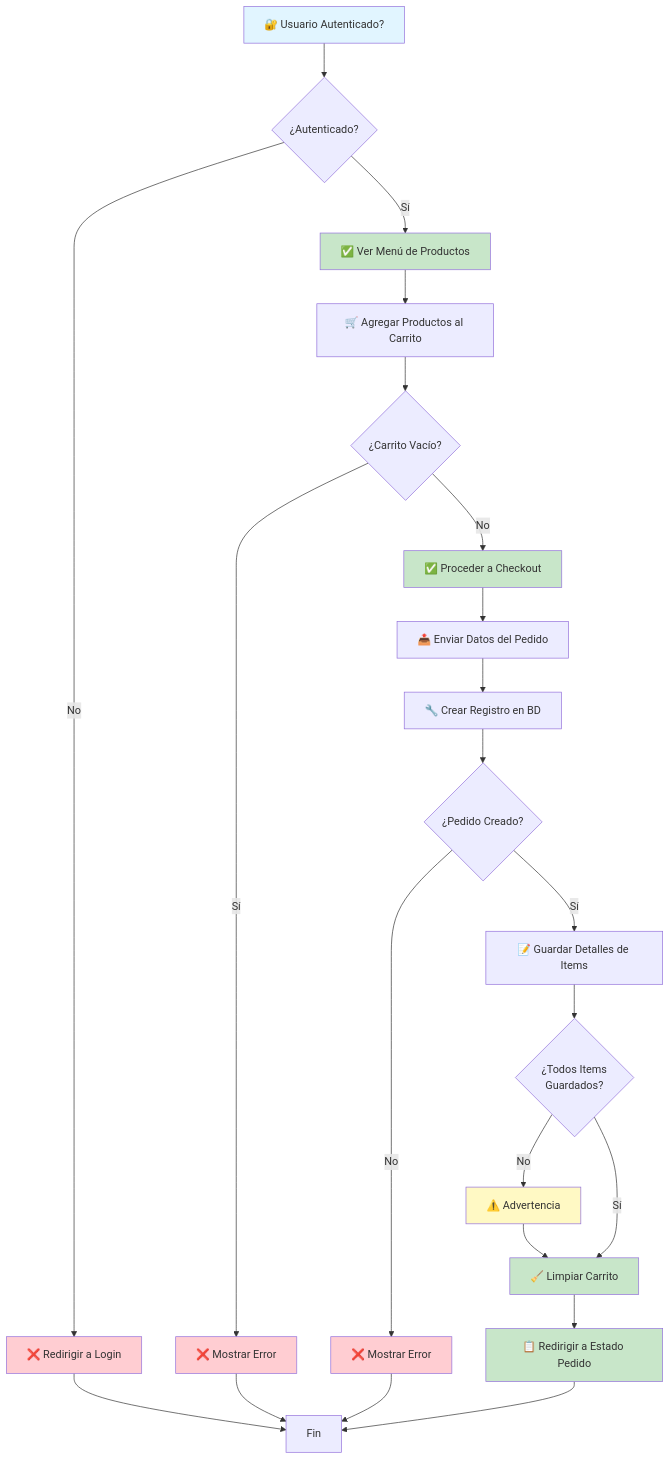
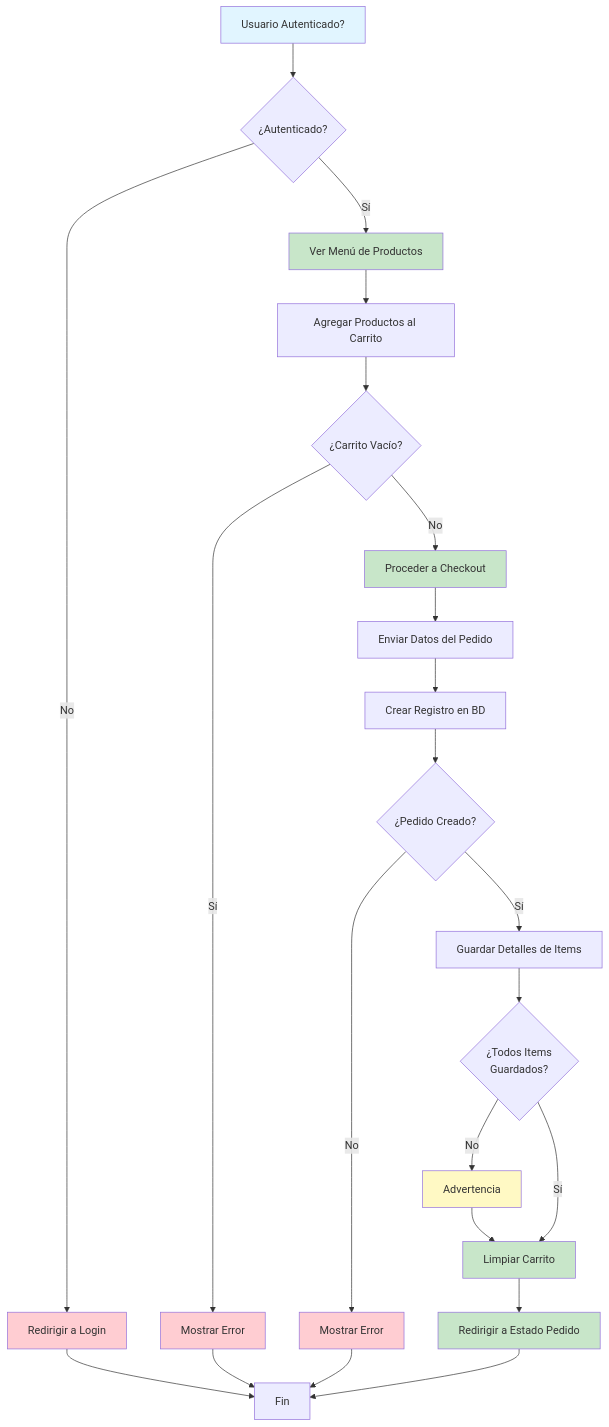
The third of 9 diagrams in DIAGRAMAS_UML.md (keanroti/Cafeteria), drawn with Mermaid before and after one commit. The commit also changed other lines of this file, not shown here.

Commit message:
diagrams

````diff
--- a/DIAGRAMAS_UML.md
+++ b/DIAGRAMAS_UML.md
@@ -184,42 +184,42 @@
 ```mermaid
 flowchart TD
-    A["🔐 Usuario Autenticado?"] --> B{¿Autenticado?}
-    B -->|No| C["❌ Redirigir a Login"]
-    B -->|Sí| D["✅ Ver Menú de Productos"]
+    A["Usuario Autenticado?"] --> B{¿Autenticado?}
+    B -->|No| C["Redirigir a Login"]
+    B -->|Sí| D["Ver Menú de Productos"]
     
     C --> Z["Fin"]
     
-    D --> E["🛒 Agregar Productos al Carrito"]
+    D --> E["Agregar Productos al Carrito"]
     E --> F{¿Carrito Vacío?}
     
-    F -->|Sí| G["❌ Mostrar Error"]
+    F -->|Sí| G["Mostrar Error"]
     G --> Z
     
-    F -->|No| H["✅ Proceder a Checkout"]
-    H --> I["📤 Enviar Datos del Pedido"]
-    I --> J["🔧 Crear Registro en BD"]
+    F -->|No| H["Proceder a Checkout"]
+    H --> I["Enviar Datos del Pedido"]
+    I --> J["Crear Registro en BD"]
     J --> K{¿Pedido Creado?}
     
-    K -->|No| L["❌ Mostrar Error"]
+    K -->|No| L["Mostrar Error"]
     L --> Z
     
-    K -->|Sí| M["📝 Guardar Detalles de Items"]
+    K -->|Sí| M["Guardar Detalles de Items"]
     M --> N{¿Todos Items<br/>Guardados?}
     
-    N -->|No| O["⚠️ Advertencia"]
-    O --> P["🧹 Limpiar Carrito"]
+    N -->|No| O["Advertencia"]
+    O --> P["Limpiar Carrito"]
     
     N -->|Sí| P
-    P --> Q["📋 Redirigir a Estado Pedido"]
+    P --> Q["Redirigir a Estado Pedido"]
     Q --> Z
     
     style A fill:#e1f5ff
     style D fill:#c8e6c9
     style H fill:#c8e6c9
     style P fill:#c8e6c9
     style Q fill:#c8e6c9
     style C fill:#ffcdd2
     style G fill:#ffcdd2
     style L fill:#ffcdd2
     style O fill:#fff9c4
 ```
````
